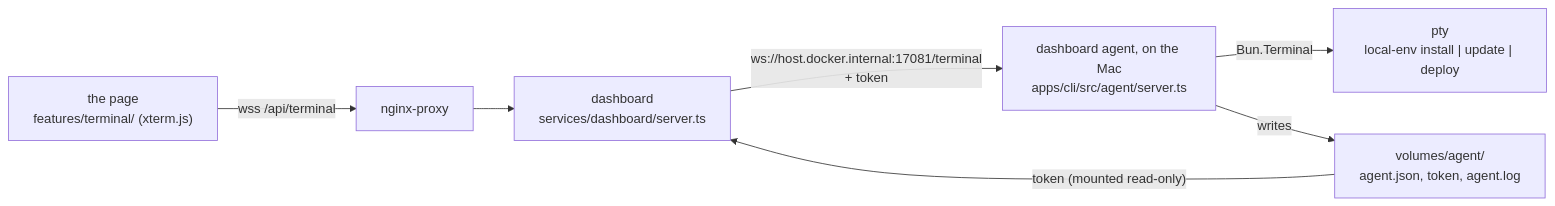
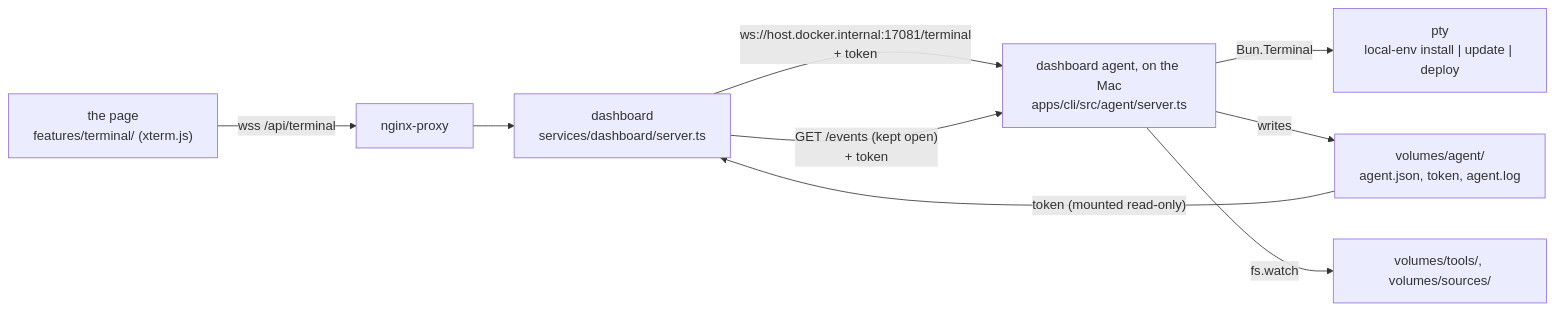
Before and after one commit to cgaube/local-env: the first of 2 diagrams in docs/3-how-it-works/dashboard-terminal.md, drawn with Mermaid. The commit also changed other lines of this file and 9 other files, not shown here.

First line of the commit message:
stream mac file changes to the dashboard via the agent (#65)

````diff
--- a/docs/3-how-it-works/dashboard-terminal.md
+++ b/docs/3-how-it-works/dashboard-terminal.md
@@ -58,15 +58,19 @@
 ```mermaid
 flowchart LR
   browser["the page<br/>features/terminal/ (xterm.js)"]
   nginx["nginx-proxy"]
   dashboard["dashboard<br/>services/dashboard/server.ts"]
   agent["dashboard agent, on the Mac<br/>apps/cli/src/agent/server.ts"]
   pty["pty<br/>local-env install | update | deploy"]
   files["volumes/agent/<br/>agent.json, token, agent.log"]
 
+  watched["volumes/tools/, volumes/sources/"]
+
   browser -- "wss /api/terminal" --> nginx --> dashboard
   dashboard -- "ws://host.docker.internal:17081/terminal<br/>+ token" --> agent
+  dashboard -- "GET /events (kept open)<br/>+ token" --> agent
   agent -- "Bun.Terminal" --> pty
   agent -- writes --> files
+  agent -- "fs.watch" --> watched
   files -- "token (mounted read-only)" --> dashboard
 ```
````
